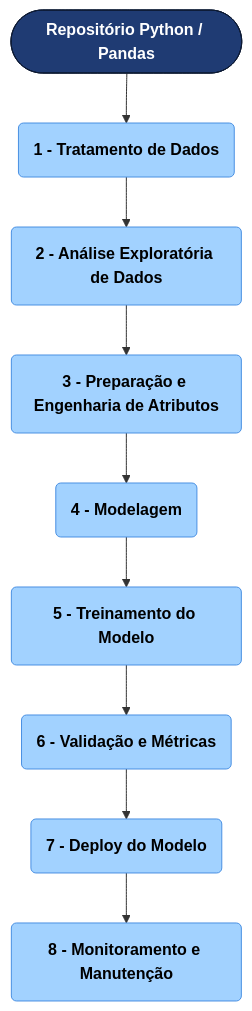
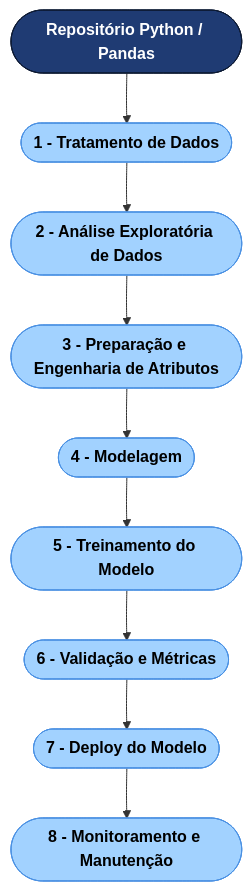
The diagram in README.md (JoaoMarcelo22/Python), drawn with Mermaid before and after one commit.

````diff
--- a/README.md
+++ b/README.md
@@ -21,23 +21,23 @@
 ```mermaid
 flowchart TD
 
     %% ===== MENU PRINCIPAL =====
     A([Repositório Python / Pandas])
 
     %% ===== FLUXO =====
-    A --> B(1 - Tratamento de Dados)
-    B --> C(2 - Análise Exploratória de Dados)
-    C --> D(3 - Preparação e Engenharia de Atributos)
-    D --> E(4 - Modelagem)
-    E --> F(5 - Treinamento do Modelo)
-    F --> G(6 - Validação e Métricas)
-    G --> H(7 - Deploy do Modelo)
-    H --> I(8 - Monitoramento e Manutenção)
+    A --> B([1 - Tratamento de Dados])
+    B --> C([2 - Análise Exploratória de Dados])
+    C --> D([3 - Preparação e Engenharia de Atributos])
+    D --> E([4 - Modelagem])
+    E --> F([5 - Treinamento do Modelo])
+    F --> G([6 - Validação e Métricas])
+    G --> H([7 - Deploy do Modelo])
+    H --> I([8 - Monitoramento e Manutenção])
 
     %% ===== ESTILOS =====
     classDef menu fill:#1F3B73,stroke:#0D1A33,color:white,font-weight:bold;
     classDef etapa fill:#A2D2FF,stroke:#4A90E2,color:#000,font-weight:bold;
 
     class A menu;
     class B,C,D,E,F,G,H,I etapa;
 ```
````
